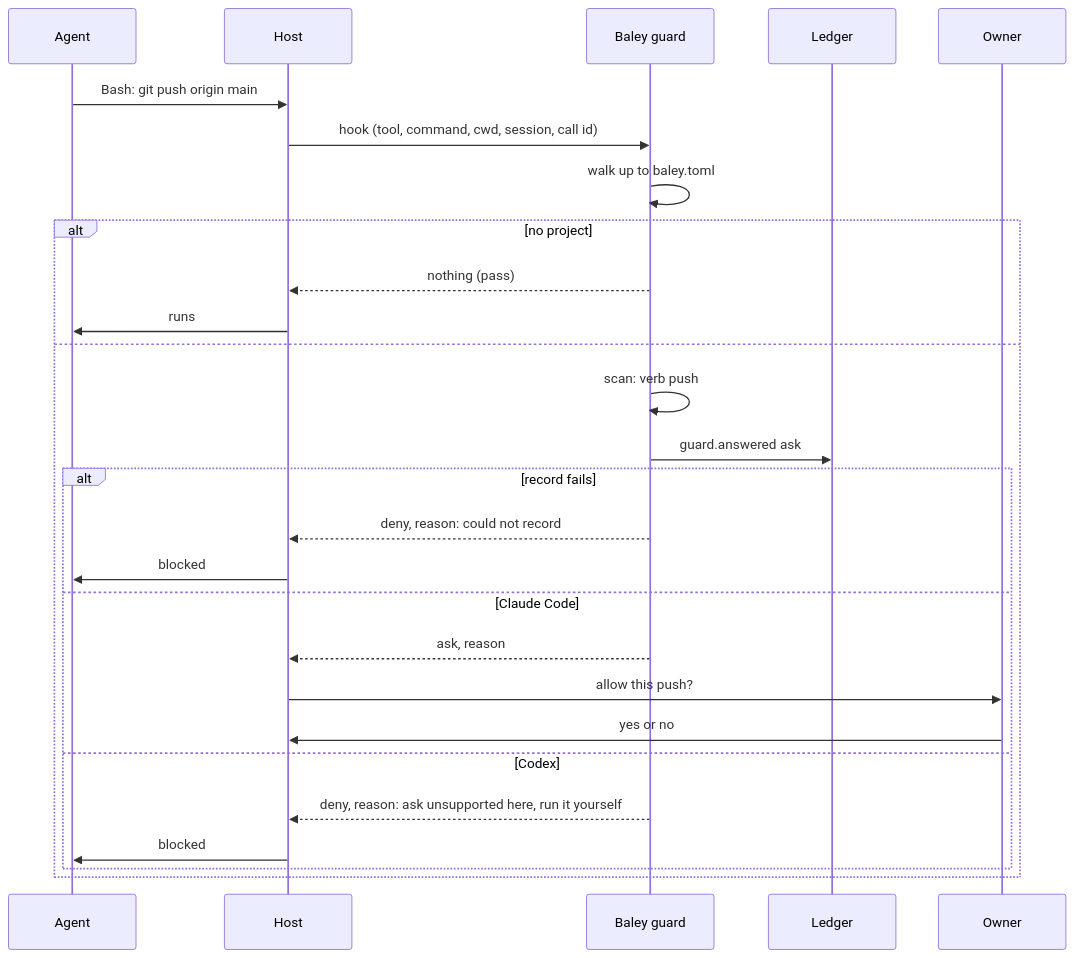
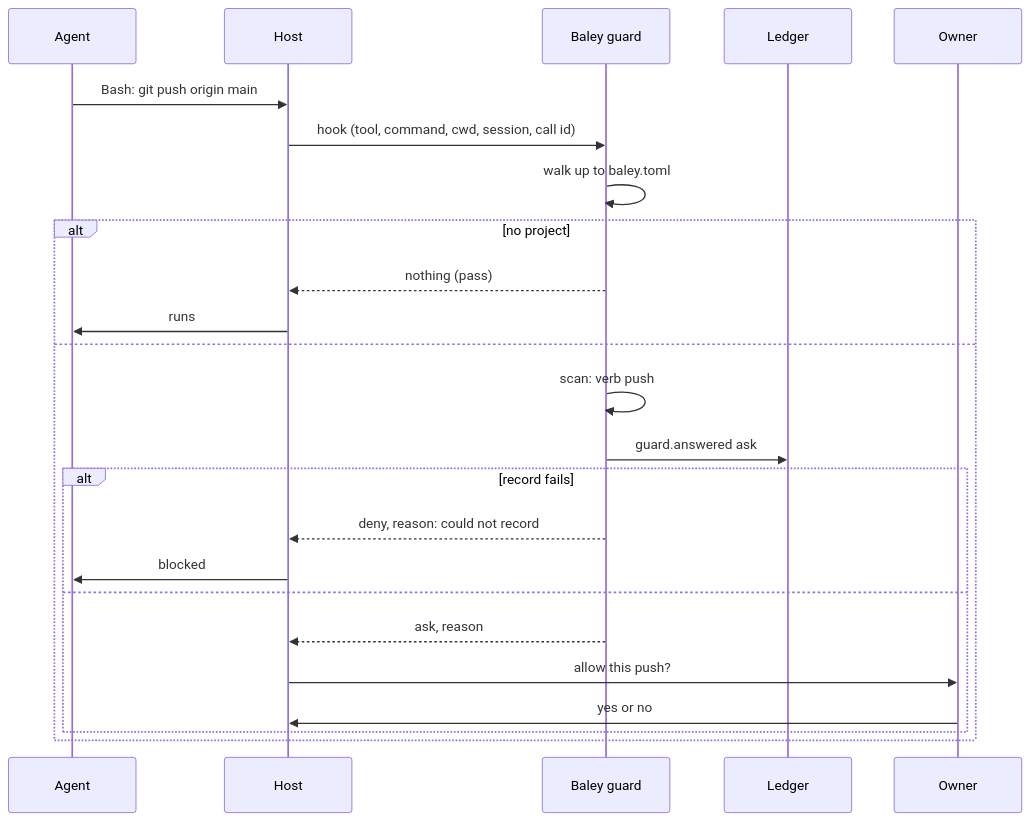
One commit to crenshawdev/baley changed the second of 3 diagrams in docs/design/0010-guard.md. Above: the diagram before and after it, drawn with Mermaid. The commit also changed other lines of this file, not shown here.

First line of the commit message:
docs(design): state the claude-only guard, its nine-tool hook and the restored read barrier in 0010

````diff
--- a/docs/design/0010-guard.md
+++ b/docs/design/0010-guard.md
@@ -150,29 +150,26 @@
 ```mermaid
 sequenceDiagram
   participant A as Agent
   participant H as Host
   participant G as Baley guard
   participant L as Ledger
   participant O as Owner
   A->>H: Bash: git push origin main
   H->>G: hook (tool, command, cwd, session, call id)
   G->>G: walk up to baley.toml
   alt no project
     G-->>H: nothing (pass)
     H->>A: runs
   else
     G->>G: scan: verb push
     G->>L: guard.answered ask
     alt record fails
       G-->>H: deny, reason: could not record
       H->>A: blocked
-    else Claude Code
+    else
       G-->>H: ask, reason
       H->>O: allow this push?
       O->>H: yes or no
-    else Codex
-      G-->>H: deny, reason: ask unsupported here, run it yourself
-      H->>A: blocked
     end
   end
 ```
````
